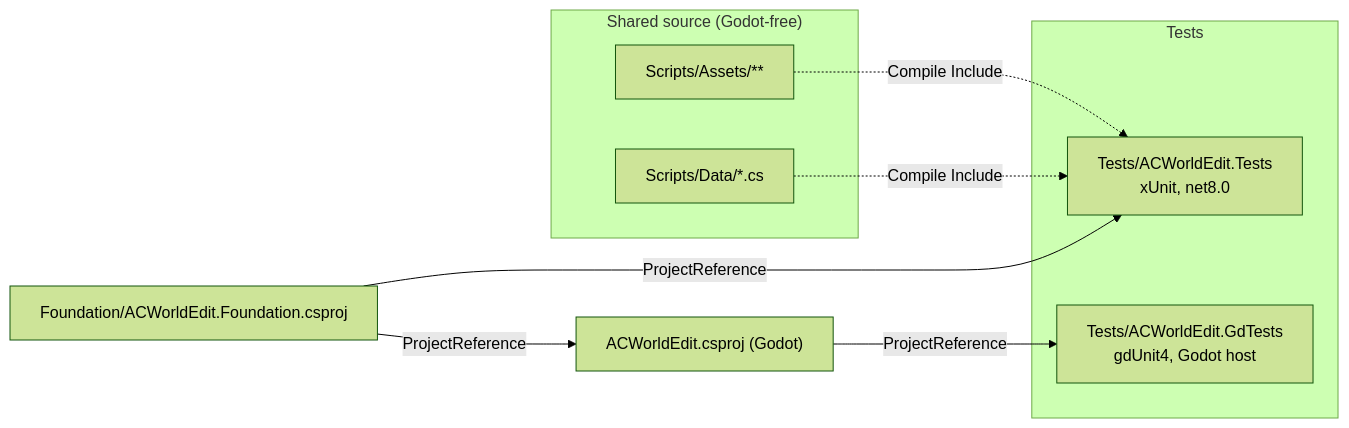
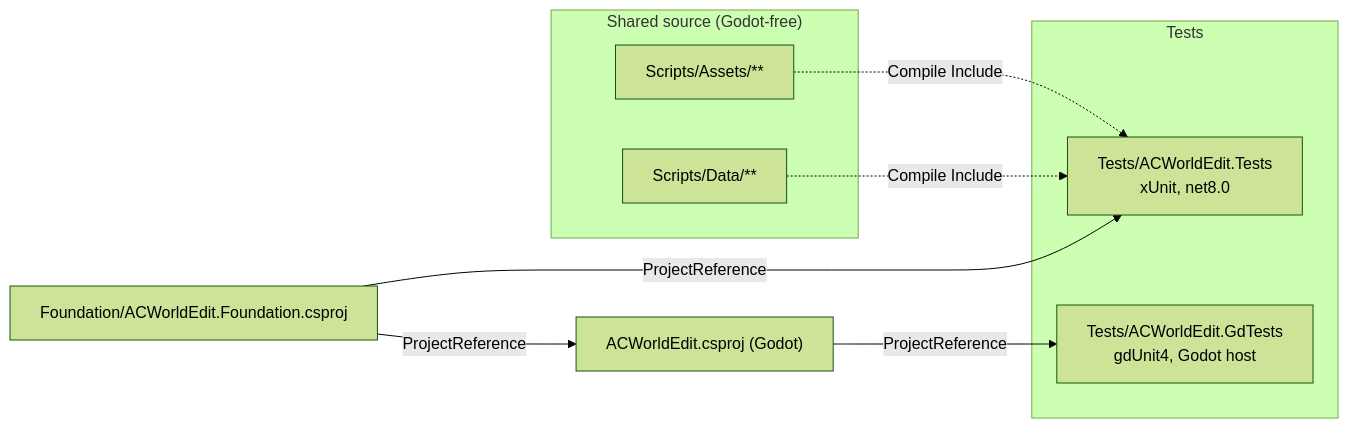
One commit to glitterfartz/ac-world-edit changed the diagram in docs/architecture/testing-and-tooling.md. Above: the diagram before and after it, drawn with Mermaid (forest theme). The commit also changed other lines of this file and 4 other files, not shown here.

````diff
--- a/docs/architecture/testing-and-tooling.md
+++ b/docs/architecture/testing-and-tooling.md
@@ -5,20 +5,20 @@
 ```mermaid
 flowchart LR
     subgraph Sources["Shared source (Godot-free)"]
         assets["Scripts/Assets/**"]
-        data["Scripts/Data/*.cs"]
+        data["Scripts/Data/**"]
     end
     fdn["Foundation/ACWorldEdit.Foundation.csproj"]
     app["ACWorldEdit.csproj (Godot)"]
 
     subgraph Tests
         xunit["Tests/ACWorldEdit.Tests<br/>xUnit, net8.0"]
         gd["Tests/ACWorldEdit.GdTests<br/>gdUnit4, Godot host"]
     end
 
     assets -. Compile Include .-> xunit
     data -. Compile Include .-> xunit
     fdn -->|ProjectReference| xunit
     fdn -->|ProjectReference| app
     app -->|ProjectReference| gd
 ```
````
